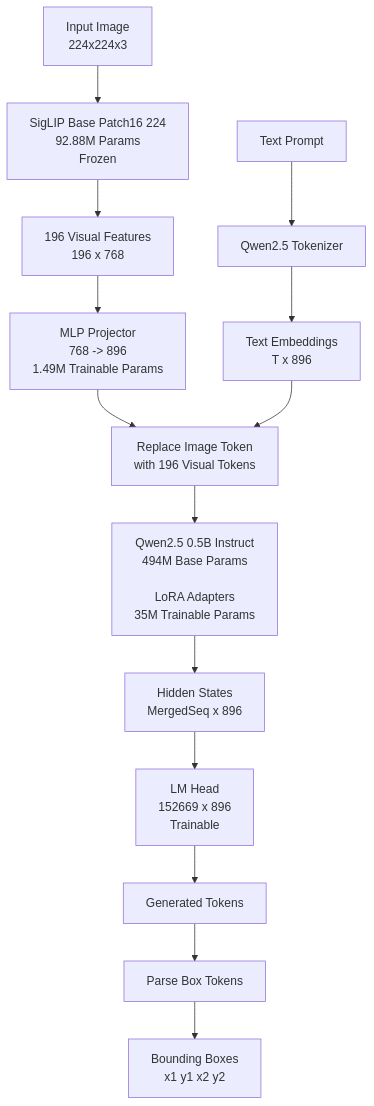
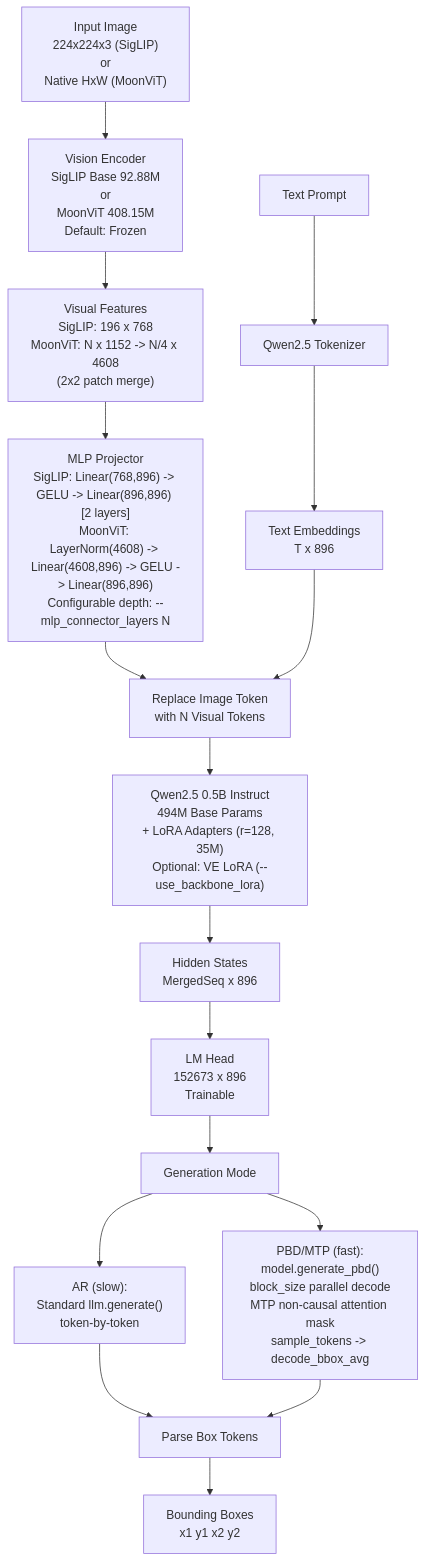
One commit to Lavi-Vu/EdgeLocate changed the third of 3 diagrams in ARCHITECTURE.md. Above: the diagram before and after it, drawn with Mermaid. The commit also changed other lines of this file and 10 other files, not shown here.

First line of the commit message:
Add MoonViT model implementation and update training utilities

````diff
--- a/ARCHITECTURE.md
+++ b/ARCHITECTURE.md
@@ -63,64 +118,82 @@
 ```mermaid
 flowchart TB
 
     IMG["Input Image
-224x224x3"]
+224x224x3 (SigLIP)
+or
+Native HxW (MoonViT)"]
 
-    SIGLIP["SigLIP Base Patch16 224
-92.88M Params
-Frozen"]
+    VE["Vision Encoder
+SigLIP Base 92.88M
+or
+MoonViT 408.15M
+Default: Frozen"]
 
-    PATCH["196 Visual Features
-196 x 768"]
+    VFEAT["Visual Features
+SigLIP: 196 x 768
+MoonViT: N x 1152 -> N/4 x 4608
+(2x2 patch merge)"]
 
     PROJ["MLP Projector
-768 -> 896
-1.49M Trainable Params"]
+SigLIP: Linear(768,896) -> GELU -> Linear(896,896) [2 layers]
+MoonViT: LayerNorm(4608) -> Linear(4608,896) -> GELU -> Linear(896,896)
+Configurable depth: --mlp_connector_layers N"]
 
     TXT["Text Prompt"]
-
     TOK["Qwen2.5 Tokenizer"]
-
     EMB["Text Embeddings
 T x 896"]
 
     MERGE["Replace Image Token
-with 196 Visual Tokens"]
+with N Visual Tokens"]
 
     LLM["Qwen2.5 0.5B Instruct
 494M Base Params
-
-LoRA Adapters
-35M Trainable Params"]
++ LoRA Adapters (r=128, 35M)
+Optional: VE LoRA (--use_backbone_lora)"]
 
     HS["Hidden States
 MergedSeq x 896"]
 
     LMH["LM Head
-152669 x 896
+152673 x 896
 Trainable"]
 
-    OUT["Generated Tokens"]
+    GEN["Generation Mode"]
 
-    PARSE["Parse Box Tokens"]
+    AR["AR (slow):
+Standard llm.generate()
+token-by-token"]
+
+    PBD["PBD/MTP (fast):
+model.generate_pbd()
+block_size parallel decode
+MTP non-causal attention mask
+sample_tokens -> decode_bbox_avg"]
+
+    PARSE["Parse Box Tokens
+<box><d1><d2><d3><d4></box>"]
 
     BOX["Bounding Boxes
 x1 y1 x2 y2"]
 
-    IMG --> SIGLIP
-    SIGLIP --> PATCH
-    PATCH --> PROJ
+    IMG --> VE
+    VE --> VFEAT
+    VFEAT --> PROJ
 
     TXT --> TOK
     TOK --> EMB
 
     PROJ --> MERGE
     EMB --> MERGE
 
     MERGE --> LLM
     LLM --> HS
     HS --> LMH
-    LMH --> OUT
-    OUT --> PARSE
+    LMH --> GEN
+    GEN --> AR
+    GEN --> PBD
+    AR --> PARSE
+    PBD --> PARSE
     PARSE --> BOX
 ```
````
